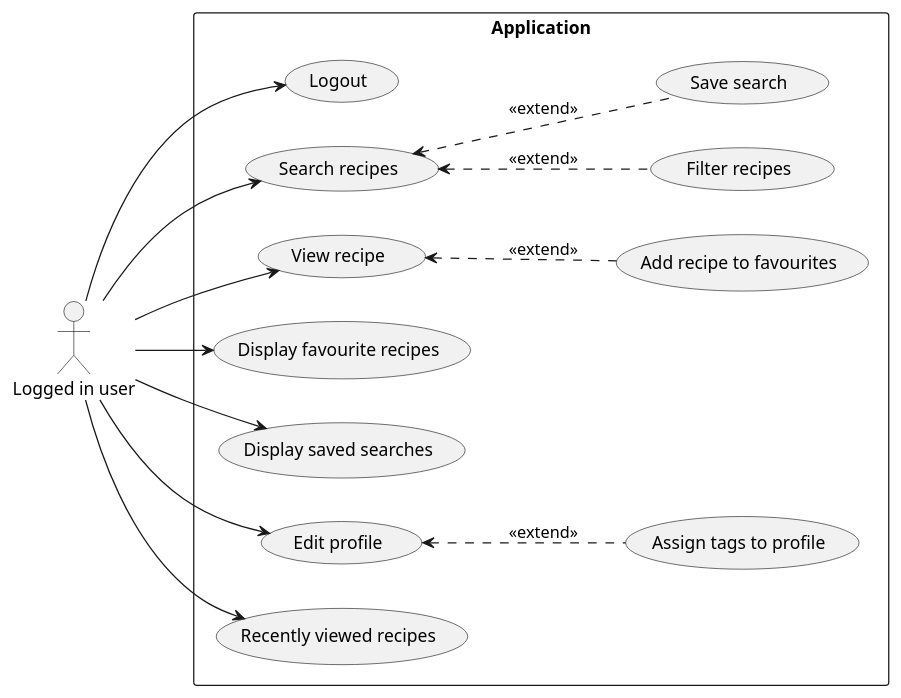
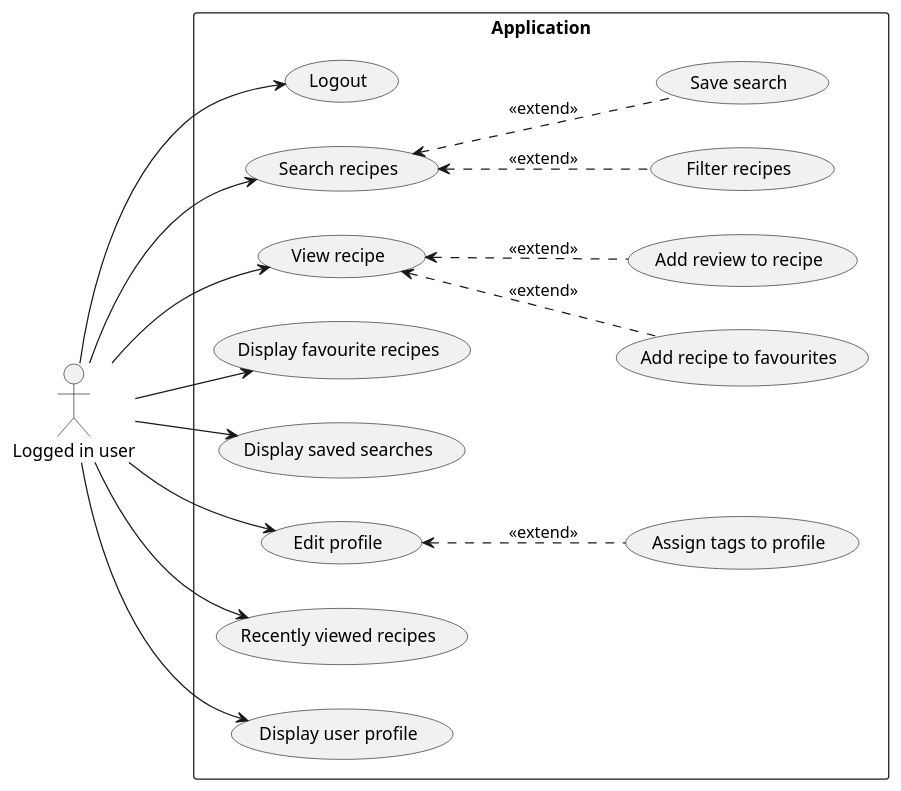
One commit to kambed/FoodzillaArchitecture changed the second of 2 diagrams in SystemRequirements.md. Above: the diagram before and after it, drawn with PlantUML. The commit also changed other lines of this file and 1 other file, not shown here.

Commit message:
#2 Add reviews functionality

````diff
--- a/SystemRequirements.md
+++ b/SystemRequirements.md
@@ -74,39 +77,44 @@
 ```plantuml
 @startuml
 left to right direction
 
 actor "Logged in user" AS loggedUser
 
 rectangle Application {
     usecase "Logout" as logout
     
     usecase "Search recipes" as search
     usecase "Filter recipes" as filter
     usecase "View recipe" as view
     
     usecase "Display favourite recipes" as favourite
     usecase "Add recipe to favourites" as addFavourite
     
     usecase "Display saved searches" as savedSearches
     usecase "Save search" as saveSearch
     
     usecase "Edit profile" as editProfile
     usecase "Assign tags to profile" as assignTags
     
     usecase "Recently viewed recipes" as recentlyViewed
     
+    usecase "Display user profile" as userProfile
+    usecase "Add review to recipe" as addReview
+    
     search <.. filter: <<extend>>
     view <.. addFavourite: <<extend>>
+    view <.. addReview: <<extend>>
     search <.. saveSearch: <<extend>>
     
     editProfile <.. assignTags: <<extend>>
 }
 loggedUser --> logout
 loggedUser --> search
 loggedUser --> view
 loggedUser --> favourite
 loggedUser --> savedSearches
 loggedUser --> editProfile
 loggedUser --> recentlyViewed
+loggedUser --> userProfile
 @enduml
 ```
````
